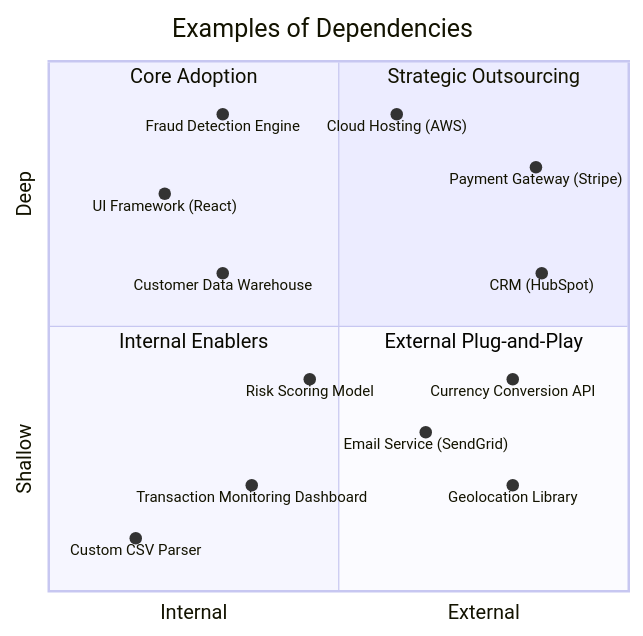
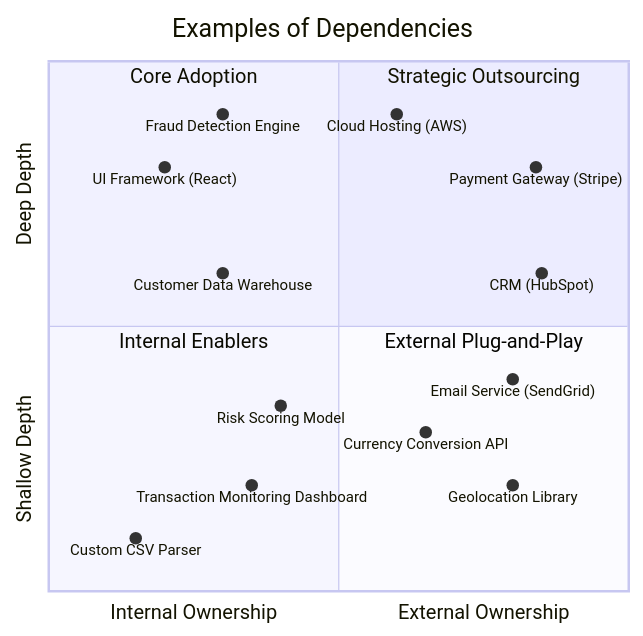
One commit to szgaljic/f6 changed the diagram in content/docs/foundations/dependency.md. Above: the diagram before and after it, drawn with Mermaid. The commit also changed other lines of this file and 1 other file, not shown here.

````diff
--- a/content/docs/foundations/dependency.md
+++ b/content/docs/foundations/dependency.md
@@ -57,26 +57,26 @@
 ```mermaid
 quadrantChart
     title Examples of Dependencies
-    x-axis Internal --> External
-    y-axis Shallow --> Deep
+    x-axis Internal Ownership --> External Ownership
+    y-axis Shallow Depth --> Deep Depth
     quadrant-1 "Strategic Outsourcing"
     quadrant-2 "Core Adoption"
     quadrant-3 "Internal Enablers"
     quadrant-4 "External Plug-and-Play"
     
     "Fraud Detection Engine"           : [0.3, 0.9]
     "Customer Data Warehouse"          : [0.3, 0.6]
-    "UI Framework (React)"             : [0.2, 0.75]
+    "UI Framework (React)"             : [0.2, 0.8]
 
-    "Risk Scoring Model"               : [0.45, 0.4]
+    "Risk Scoring Model"               : [0.4, 0.35]
     "Transaction Monitoring Dashboard" : [0.35, 0.2]
     "Custom CSV Parser"                : [0.15, 0.1]    
     
     "Cloud Hosting (AWS)"              : [0.6, 0.9]
     "Payment Gateway (Stripe)"         : [0.84, 0.8]
     "CRM (HubSpot)"                    : [0.85, 0.6]
 
-    "Currency Conversion API"         : [0.8, 0.4]
     "Geolocation Library"             : [0.8, 0.2]
-    "Email Service (SendGrid)"        : [0.65, 0.3]
+    "Currency Conversion API"         : [0.65, 0.3]
+    "Email Service (SendGrid)"        : [0.8, 0.4]
 ```
````
